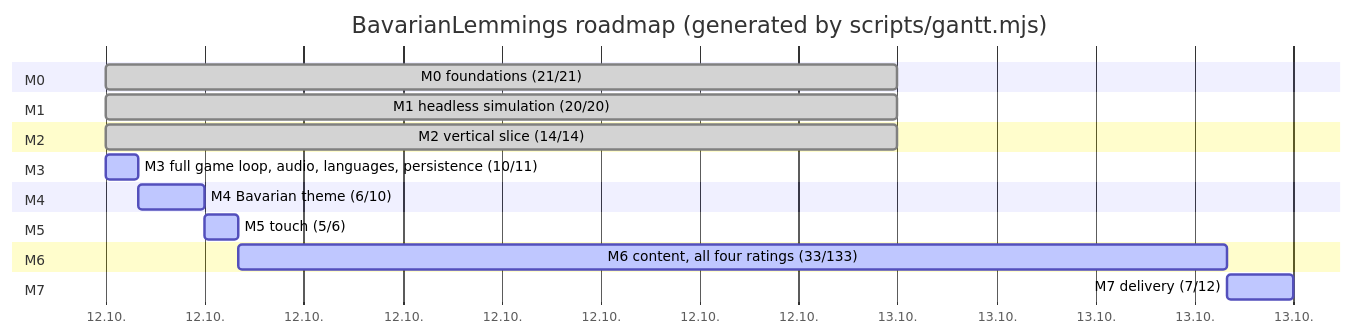
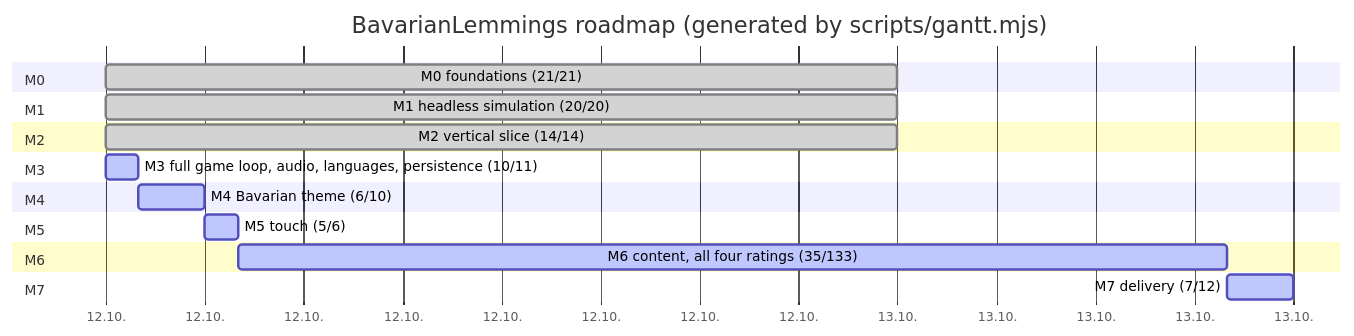
Before and after one commit to marcelpetrick/BavarianLemmings: the diagram in plan.md, drawn with Mermaid. The commit also changed other lines of this file and 6 other files, not shown here.

````diff
--- a/plan.md
+++ b/plan.md
@@ -43,22 +43,22 @@
 ```mermaid
 gantt
     title BavarianLemmings roadmap (generated by scripts/gantt.mjs)
     dateFormat  YYYY-MM-DD
     axisFormat  %d.%m.
     section M0
     M0 foundations (21/21) :done, m0, 2026-10-12, 1d
     section M1
     M1 headless simulation (20/20) :done, m1, 2026-10-12, 1d
     section M2
     M2 vertical slice (14/14) :done, m2, 2026-10-12, 1d
     section M3
     M3 full game loop, audio, languages, persistence (10/11) :active, m3, 2026-10-12, 1h
     section M4
     M4 Bavarian theme (6/10) :active, m4, after m3, 2h
     section M5
     M5 touch (5/6) :active, m5, after m4, 1h
     section M6
-    M6 content, all four ratings (33/133) :active, m6, after m5, 30h
+    M6 content, all four ratings (35/133) :active, m6, after m5, 30h
     section M7
     M7 delivery (7/12) :active, m7, after m6, 2h
 ```
````
